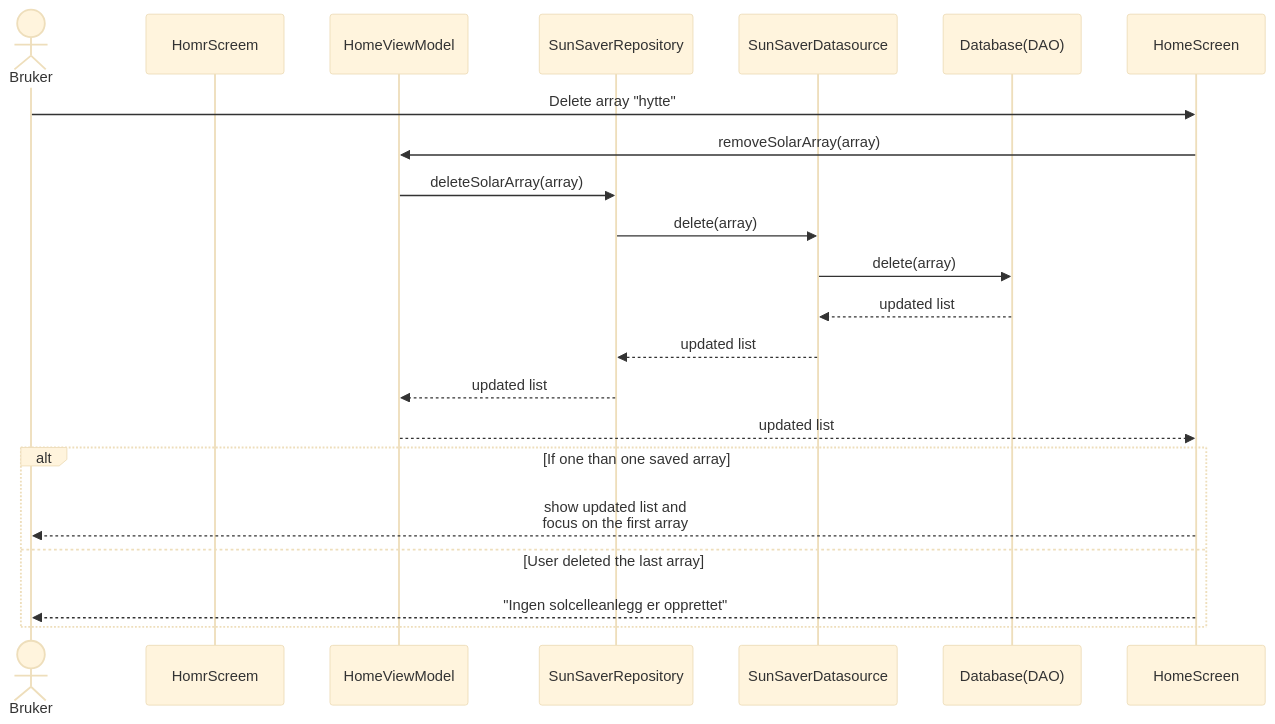
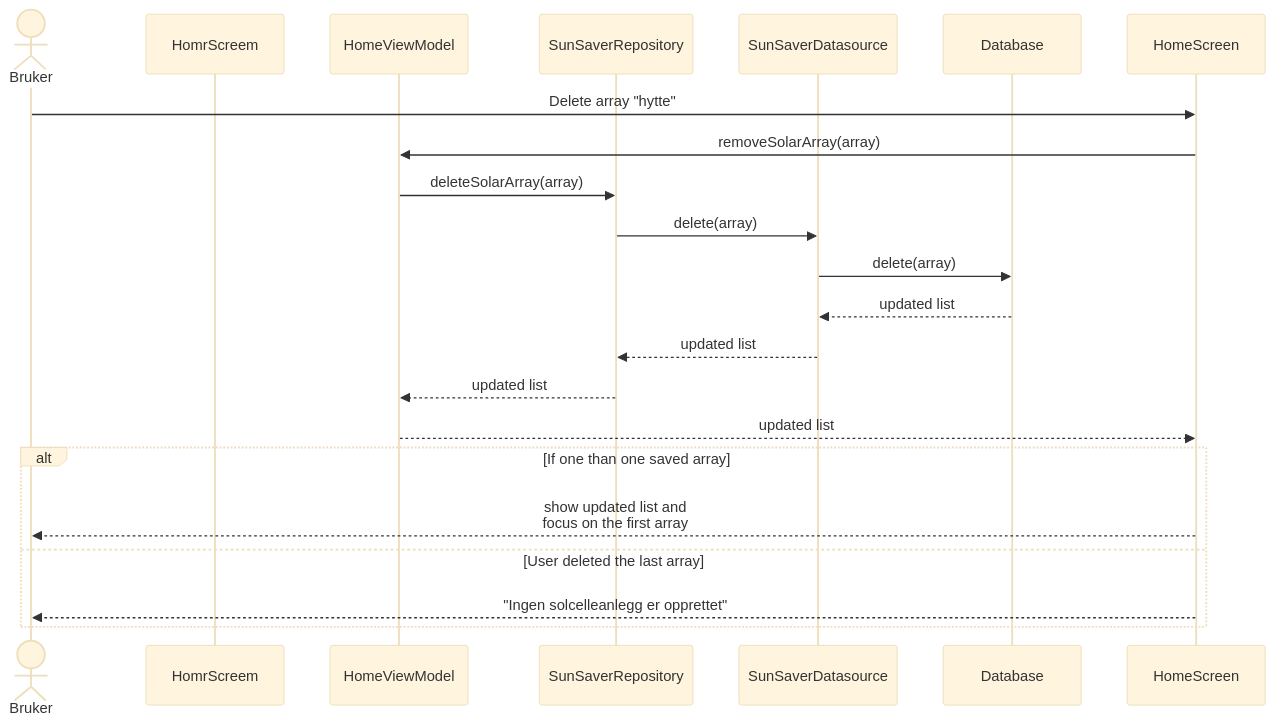
The eighth of 8 diagrams in MODELING.md (pragathiGopal25/SunSaver), drawn with Mermaid (base theme) before and after one commit. The commit also changed other lines of this file and 3 other files, not shown here.

````diff
--- a/MODELING.md
+++ b/MODELING.md
@@ -634,26 +888,26 @@
 ```mermaid
 sequenceDiagram
     actor Bruker
     participant HomrScreem
     participant HomeViewModel
     participant SunSaverRepository
     participant SunSaverDatasource
-    participant Database(DAO)
+    participant Database
 
     Bruker ->> HomeScreen: Delete array "hytte"
     HomeScreen ->> HomeViewModel: removeSolarArray(array)
     HomeViewModel ->> SunSaverRepository: deleteSolarArray(array)
 	SunSaverRepository ->> SunSaverDatasource: delete(array)
-	SunSaverDatasource ->> Database(DAO): delete(array) 
+	SunSaverDatasource ->> Database: delete(array) 
 	
-	Database(DAO) -->> SunSaverDatasource: updated list 
+	Database -->> SunSaverDatasource: updated list 
 	SunSaverDatasource -->> SunSaverRepository: updated list
 	SunSaverRepository -->> HomeViewModel: updated list
 	HomeViewModel -->> HomeScreen: updated list
     
     alt If one than one saved array
         HomeScreen -->> Bruker: show updated list and <br/> focus on the first array
     else User deleted the last array
         HomeScreen -->> Bruker: "Ingen solcelleanlegg er opprettet"
     end
 ```
````
